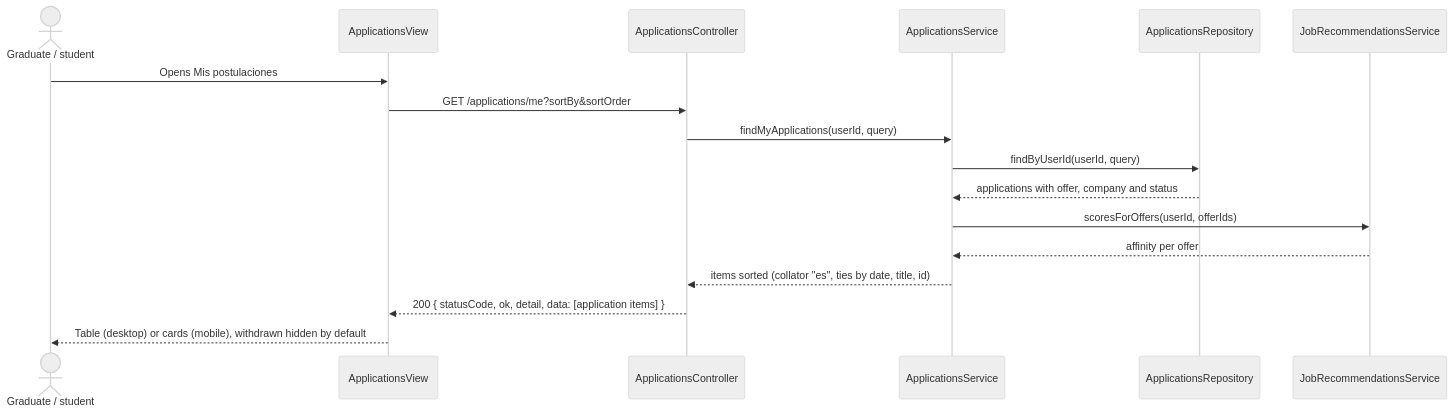
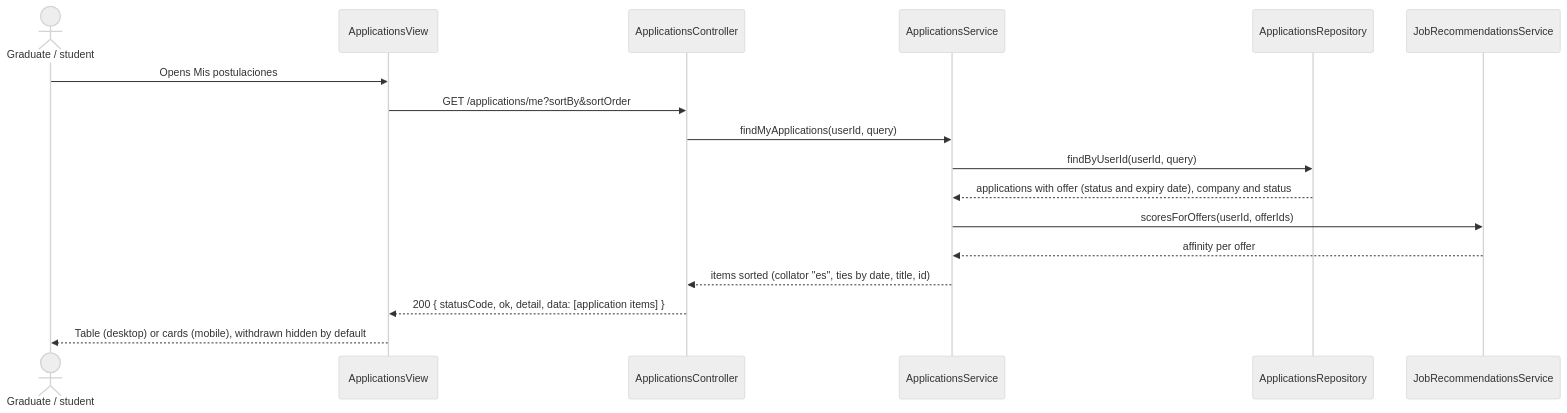
Before and after one commit to UMSSY/umssy-app: the second of 4 diagrams in docs/applications/README.md, drawn with Mermaid (neutral theme). The commit also changed other lines of this file and 28 other files, not shown here.

````diff
--- a/docs/applications/README.md
+++ b/docs/applications/README.md
@@ -46,19 +47,19 @@
 ```mermaid
 sequenceDiagram
   actor U as Graduate / student
   participant F as ApplicationsView
   participant A as ApplicationsController
   participant S as ApplicationsService
   participant R as ApplicationsRepository
   participant M as JobRecommendationsService
   U->>F: Opens Mis postulaciones
   F->>A: GET /applications/me?sortBy&sortOrder
   A->>S: findMyApplications(userId, query)
   S->>R: findByUserId(userId, query)
-  R-->>S: applications with offer, company and status
+  R-->>S: applications with offer (status and expiry date), company and status
   S->>M: scoresForOffers(userId, offerIds)
   M-->>S: affinity per offer
   S-->>A: items sorted (collator "es", ties by date, title, id)
   A-->>F: 200 { statusCode, ok, detail, data: [application items] }
   F-->>U: Table (desktop) or cards (mobile), withdrawn hidden by default
 ```
````
